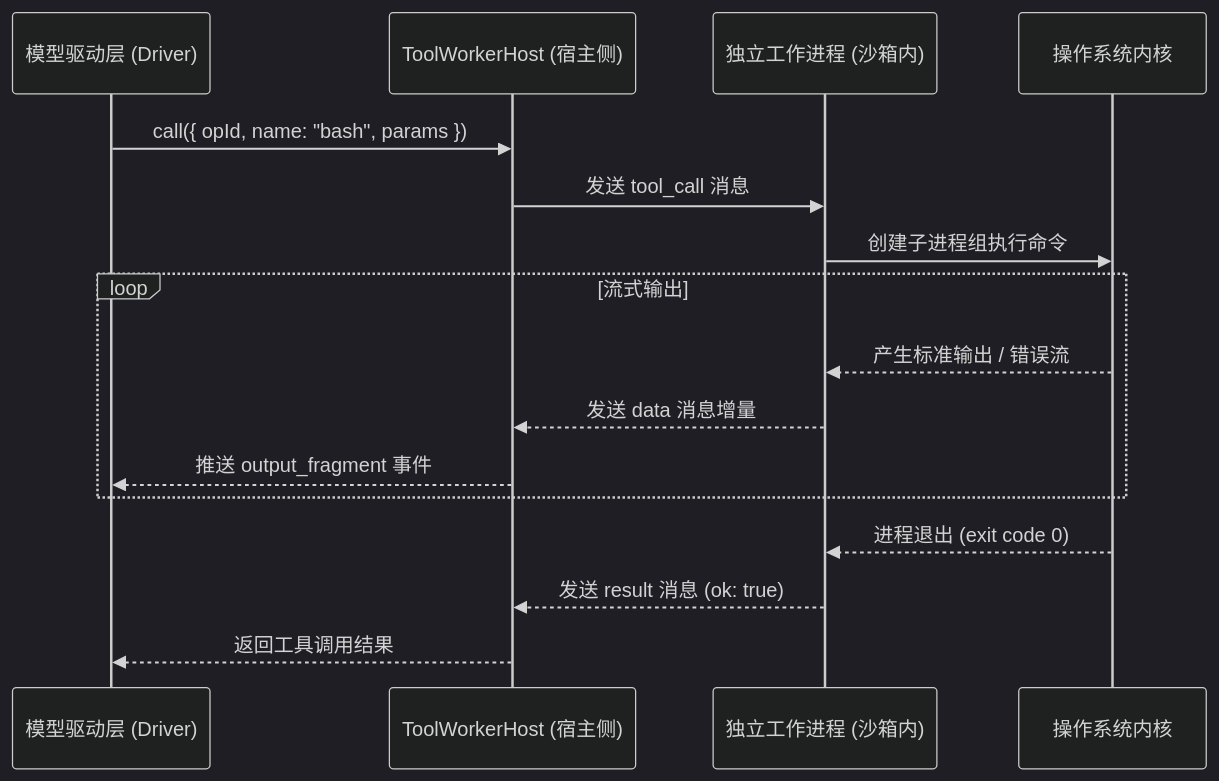
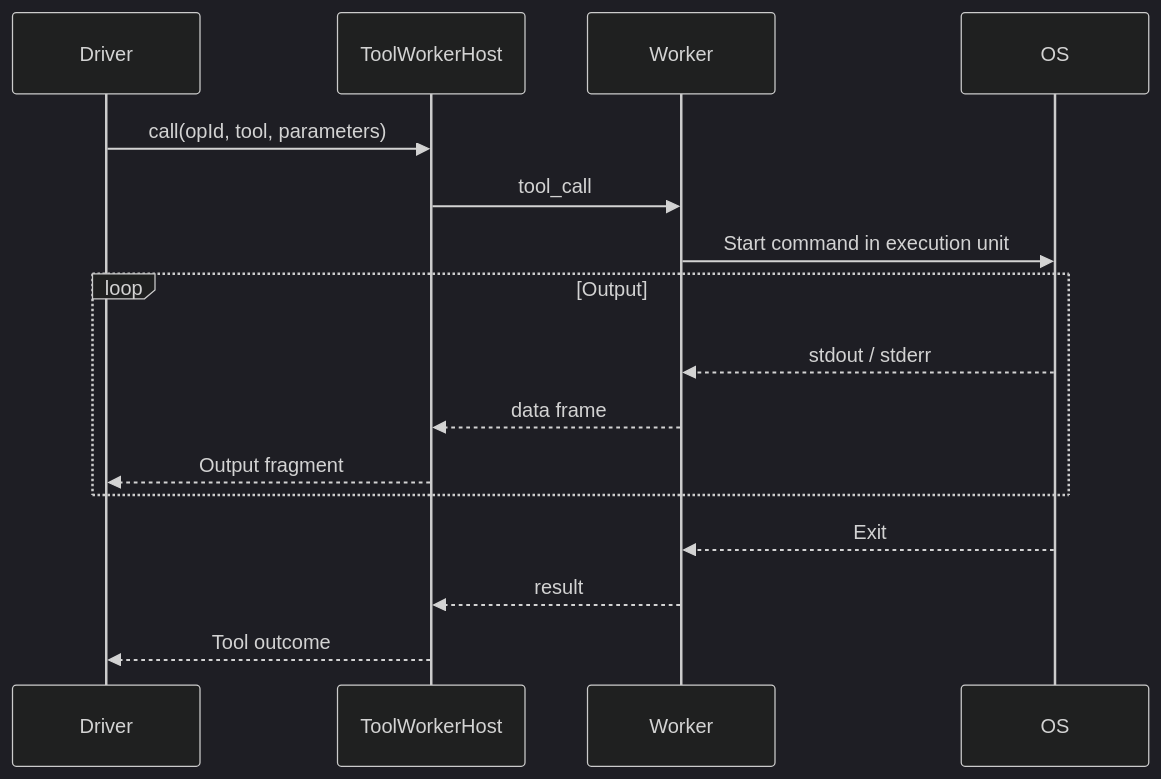
Before and after one commit to num-lab/Ruukoto: the second of 2 diagrams in docs/modules/execution.md, drawn with Mermaid (dark theme). The commit also changed other lines of this file and 3987 other files, not shown here.

````diff
--- a/docs/modules/execution.md
+++ b/docs/modules/execution.md
@@ -76,19 +57,18 @@
 ```mermaid
 sequenceDiagram
-  participant Driver as 模型驱动层 (Driver)
-  participant Host as ToolWorkerHost (宿主侧)
-  participant Worker as 独立工作进程 (沙箱内)
-  participant OS as 操作系统内核
-
-  Driver->>Host: call({ opId, name: "bash", params })
-  Host->>Worker: 发送 tool_call 消息
-  Worker->>OS: 创建子进程组执行命令
-  loop 流式输出
-    OS-->>Worker: 产生标准输出 / 错误流
-    Worker-->>Host: 发送 data 消息增量
-    Host-->>Driver: 推送 output_fragment 事件
+  participant Driver
+  participant Host as ToolWorkerHost
+  participant Worker
+  participant OS
+  Driver->>Host: call(opId, tool, parameters)
+  Host->>Worker: tool_call
+  Worker->>OS: Start command in execution unit
+  loop Output
+    OS-->>Worker: stdout / stderr
+    Worker-->>Host: data frame
+    Host-->>Driver: Output fragment
   end
-  OS-->>Worker: 进程退出 (exit code 0)
-  Worker-->>Host: 发送 result 消息 (ok: true)
-  Host-->>Driver: 返回工具调用结果
+  OS-->>Worker: Exit
+  Worker-->>Host: result
+  Host-->>Driver: Tool outcome
 ```
````
